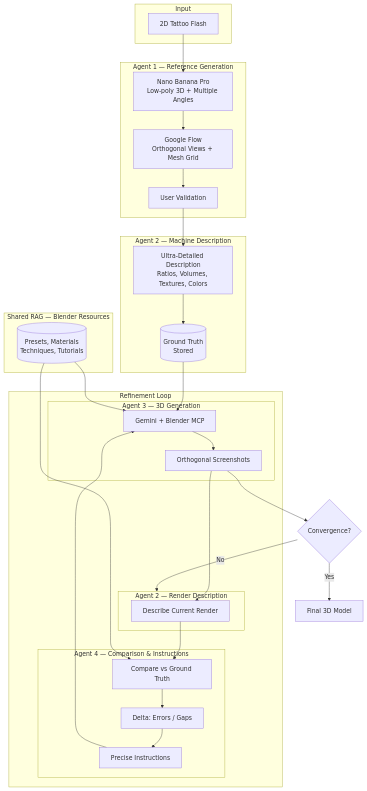
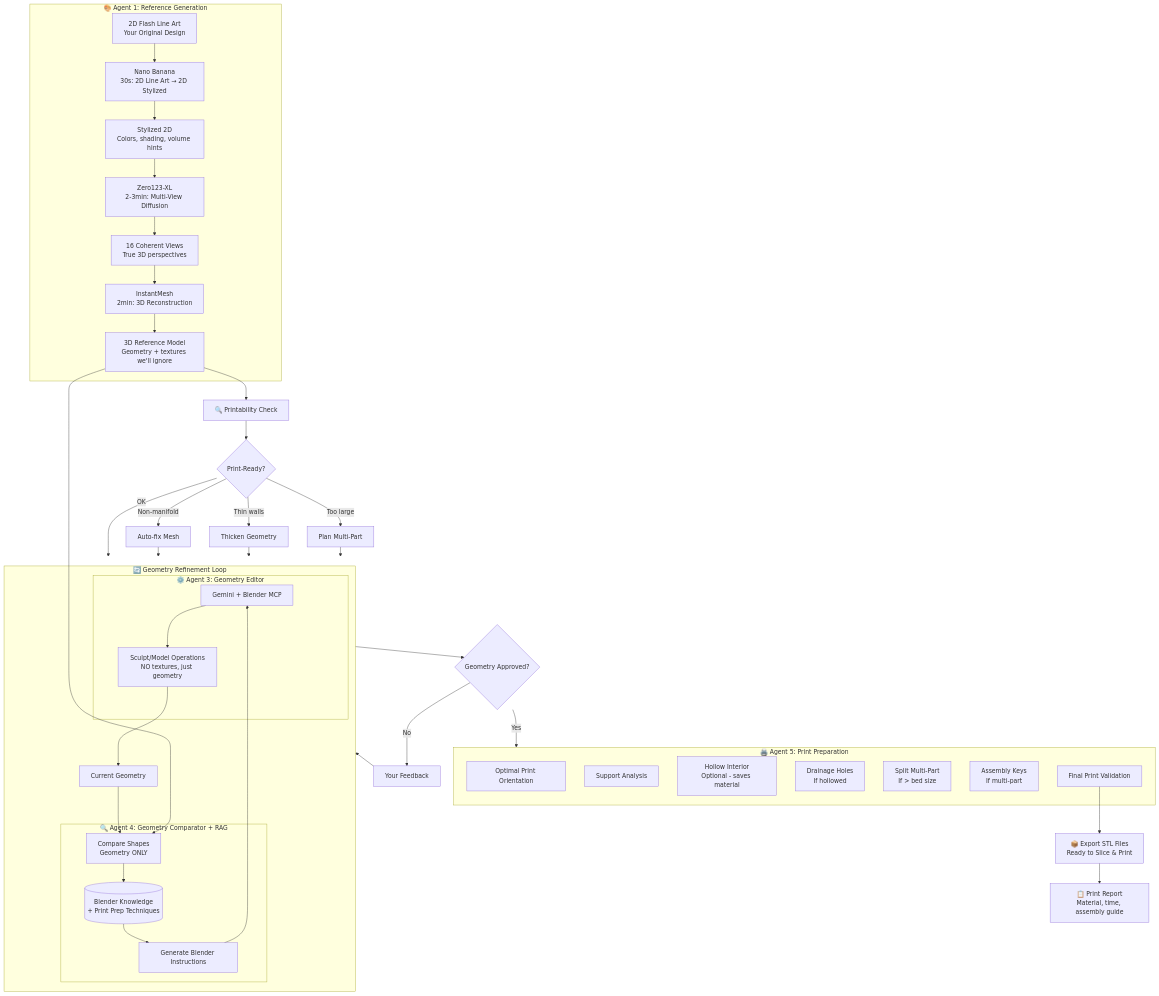
Before and after one commit to AntoninCosson/ideas-drafts: the diagram in Blender-Assist/README.md, drawn with Mermaid. The commit also changed other lines of this file and 1 other file, not shown here.

Commit message:
Upadted Blender Assist

````diff
--- a/Blender-Assist/README.md
+++ b/Blender-Assist/README.md
@@ -31,45 +70,68 @@
 ```mermaid
 flowchart TB
-    subgraph Input
-        FLASH[2D Tattoo Flash]
+    FLASH[2D Flash Line Art<br/>Your Original Design]
+    
+    subgraph Agent1["🎨 Agent 1: Reference Generation"]
+        FLASH --> NANO[Nano Banana<br/>30s: 2D Line Art → 2D Stylized]
+        NANO --> STYLED[Stylized 2D<br/>Colors, shading, volume hints]
+        STYLED --> ZERO[Zero123-XL<br/>2-3min: Multi-View Diffusion]
+        ZERO --> VIEWS[16 Coherent Views<br/>True 3D perspectives]
+        VIEWS --> INSTANT[InstantMesh<br/>2min: 3D Reconstruction]
+        INSTANT --> REF[3D Reference Model<br/>Geometry + textures we'll ignore]
     end
-
-    subgraph Agent1["Agent 1 — Reference Generation"]
-        FLASH --> NANO[Nano Banana Pro<br/>Low-poly 3D + Multiple Angles]
-        NANO --> GFLOW[Google Flow<br/>Orthogonal Views + Mesh Grid]
-        GFLOW --> VALID1[User Validation]
+    
+    REF --> VALIDATE[🔍 Printability Check]
+    
+    VALIDATE --> ISSUES{Print-Ready?}
+    ISSUES -->|Non-manifold| FIX1[Auto-fix Mesh]
+    ISSUES -->|Thin walls| FIX2[Thicken Geometry]
+    ISSUES -->|Too large| FIX3[Plan Multi-Part]
+    ISSUES -->|OK| LOOP
+    FIX1 --> LOOP
+    FIX2 --> LOOP
+    FIX3 --> LOOP
+    
+    subgraph LOOP["🔄 Geometry Refinement Loop"]
+        CURRENT[Current Geometry]
+        
+        subgraph Agent4["🔍 Agent 4: Geometry Comparator + RAG"]
+            COMPARE[Compare Shapes<br/>Geometry ONLY]
+            RAG[(Blender Knowledge<br/>+ Print Prep Techniques)]
+            INSTRUCT[Generate Blender Instructions]
+            
+            COMPARE --> RAG
+            RAG --> INSTRUCT
+        end
+        
+        subgraph Agent3["⚙️ Agent 3: Geometry Editor"]
+            GEMINI[Gemini + Blender MCP]
+            SCULPT[Sculpt/Model Operations<br/>NO textures, just geometry]
+            
+            GEMINI --> SCULPT
+        end
+        
+        CURRENT --> COMPARE
+        REF --> COMPARE
+        INSTRUCT --> GEMINI
+        SCULPT --> CURRENT
     end
-
-    subgraph Agent2["Agent 2 — Machine Description"]
-        VALID1 --> DESC[Ultra-Detailed Description<br/>Ratios, Volumes, Textures, Colors]
-        DESC --> TRUTH[(Ground Truth<br/>Stored)]
+    
+    LOOP --> YOU{Geometry Approved?}
+    YOU -->|No| FEEDBACK[Your Feedback]
+    FEEDBACK --> LOOP
+    
+    YOU -->|Yes| PREP
+    
+    subgraph PREP["🖨️ Agent 5: Print Preparation"]
+        ORIENT[Optimal Print Orientation]
+        SUPPORT[Support Analysis]
+        HOLLOW[Hollow Interior<br/>Optional - saves material]
+        DRAIN[Drainage Holes<br/>If hollowed]
+        SPLIT[Split Multi-Part<br/>If > bed size]
+        KEYS[Assembly Keys<br/>If multi-part]
+        VALIDATE_FINAL[Final Print Validation]
     end
-
-    subgraph Loop["Refinement Loop"]
-        subgraph Agent3["Agent 3 — 3D Generation"]
-            TRUTH --> GEMINI[Gemini + Blender MCP]
-            GEMINI --> RENDER[Orthogonal Screenshots]
-        end
-
-        subgraph Agent2B["Agent 2 — Render Description"]
-            RENDER --> DESC2[Describe Current Render]
-        end
-
-        subgraph Agent4["Agent 4 — Comparison & Instructions"]
-            DESC2 --> COMPARE[Compare vs Ground Truth]
-            COMPARE --> DELTA[Delta: Errors / Gaps]
-            DELTA --> INSTR[Precise Instructions]
-            INSTR --> GEMINI
-        end
-    end
-
-    subgraph RAG["Shared RAG — Blender Resources"]
-        RAGDB[(Presets, Materials<br/>Techniques, Tutorials)]
-        RAGDB --> GEMINI
-        RAGDB --> COMPARE
-    end
-
-    RENDER --> CHECK{Convergence?}
-    CHECK -->|No| Agent2B
-    CHECK -->|Yes| OUTPUT[Final 3D Model]
+    
+    VALIDATE_FINAL --> EXPORT[📦 Export STL Files<br/>Ready to Slice & Print]
+    EXPORT --> REPORT[📋 Print Report<br/>Material, time, assembly guide]
 ```
````
